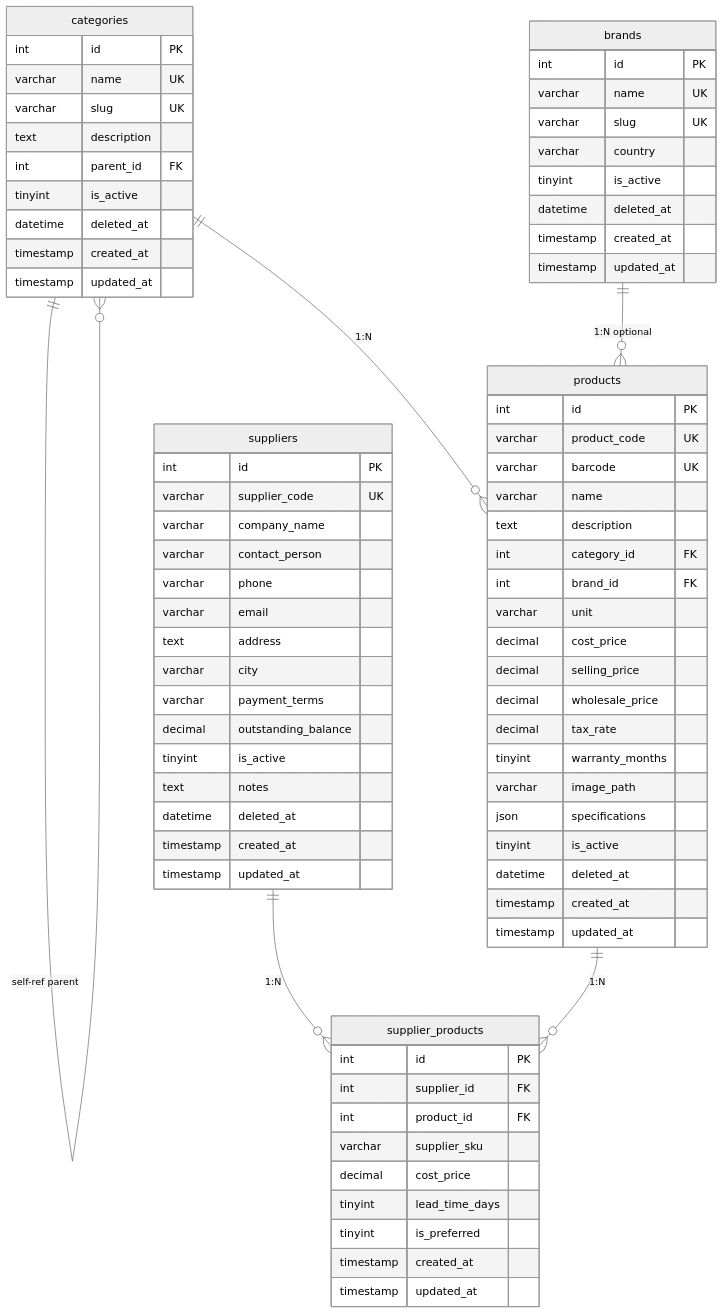
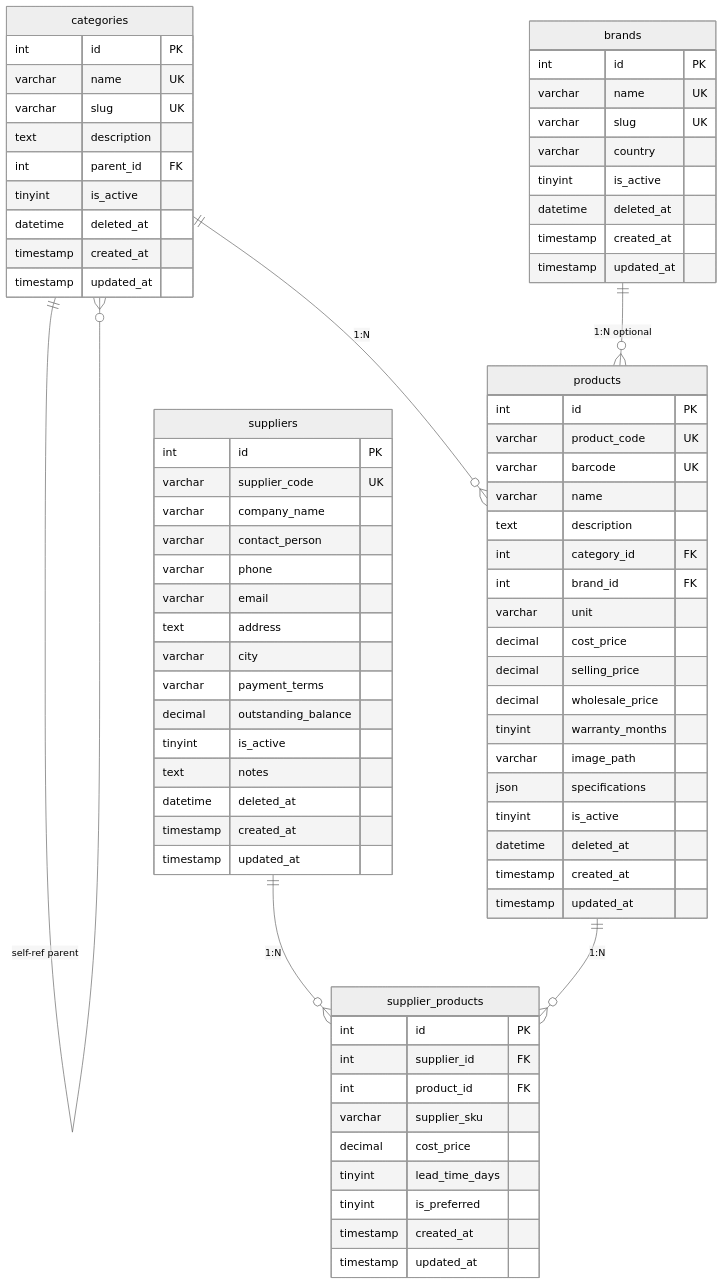
One commit to induwarauthsara/AutoPartFlow-ERP changed the fourth of 11 diagrams in database/ER-DIAGRAM.md. Above: the diagram before and after it, drawn with Mermaid (neutral theme). The commit also changed other lines of this file and 2 other files, not shown here.

Commit message:
Remove tax references from Order, Product, and ER diagram

```diff
--- a/database/ER-DIAGRAM.md
+++ b/database/ER-DIAGRAM.md
@@ -280,7 +280,6 @@
         decimal cost_price
         decimal selling_price
         decimal wholesale_price
-        decimal tax_rate
         tinyint warranty_months
         varchar image_path
         json specifications
```
